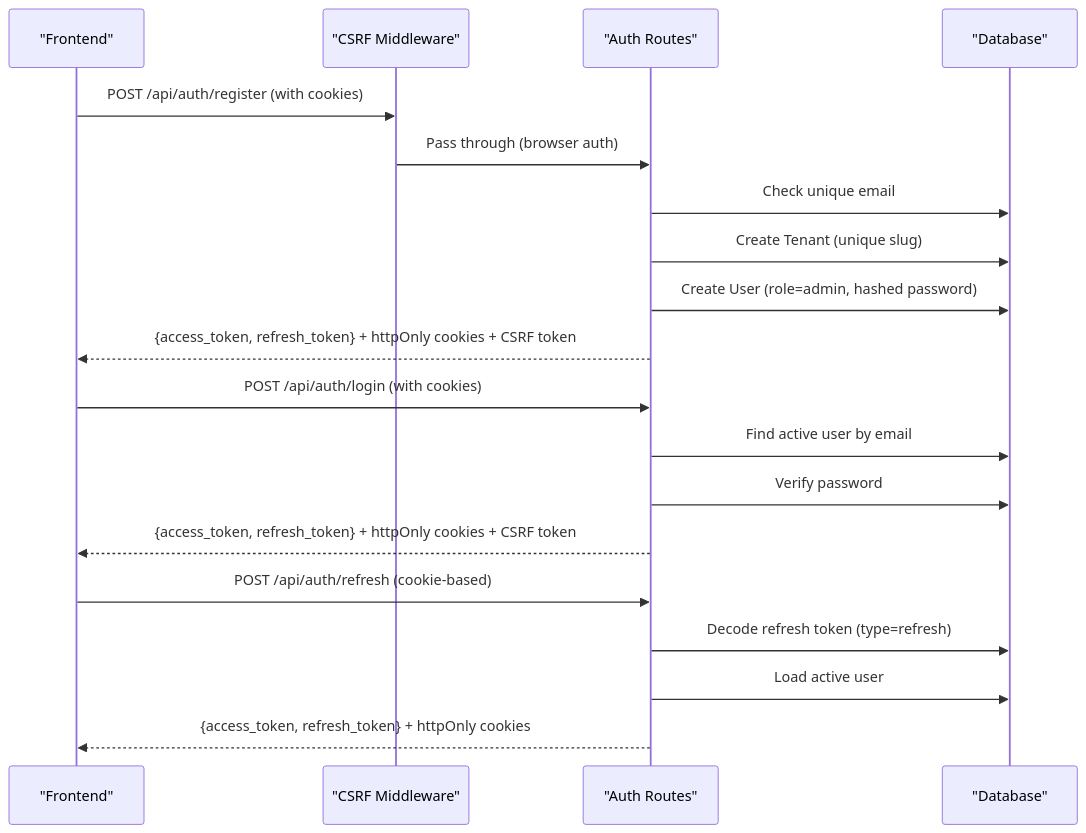
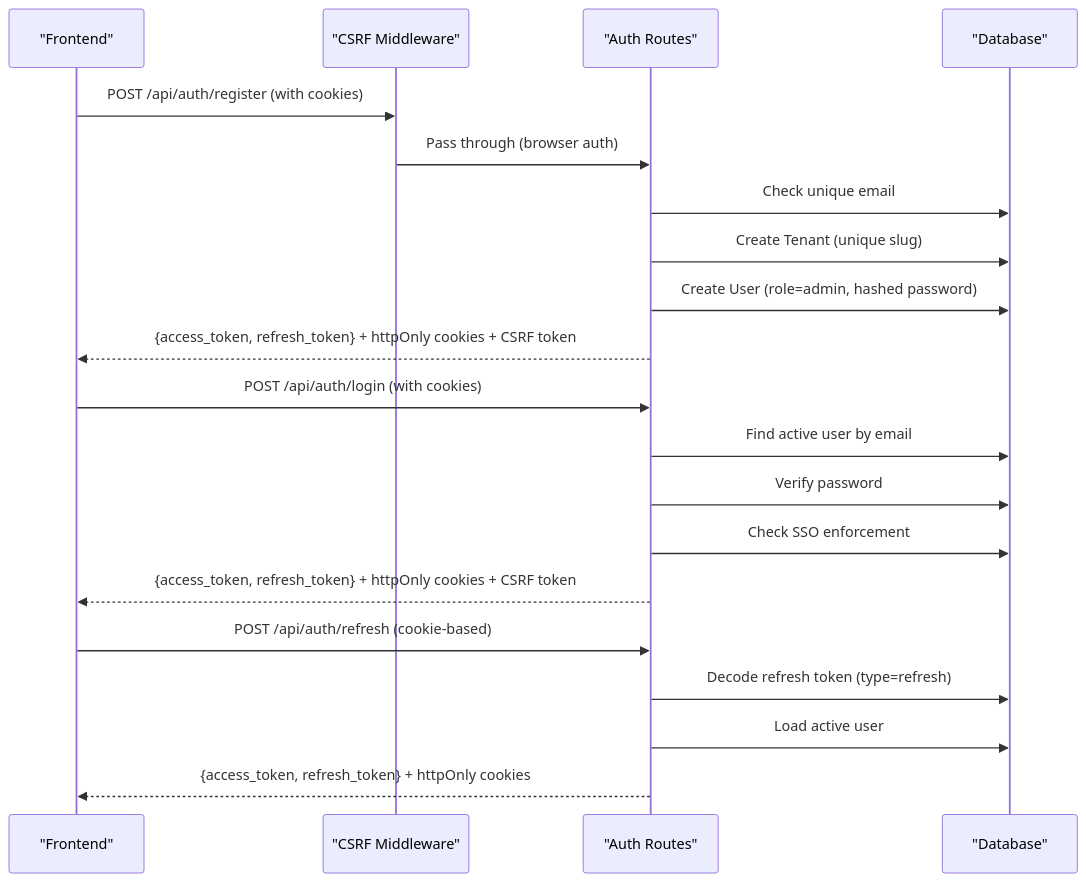
Before and after one commit to Revanththetalogics/aireume: the seventh of 16 diagrams in .qoder/repowiki/en/content/Authentication & Authorization/Authentication & Authorization.md, drawn with Mermaid. The commit also changed other lines of this file and 14 other files, not shown here.

````diff
--- a/.qoder/repowiki/en/content/Authentication & Authorization/Authentication & Authorization.md
+++ b/.qoder/repowiki/en/content/Authentication & Authorization/Authentication & Authorization.md
@@ -271,21 +380,22 @@
 ```mermaid
 sequenceDiagram
 participant FE as "Frontend"
 participant CSRF as "CSRF Middleware"
 participant API as "Auth Routes"
 participant DB as "Database"
 FE->>CSRF : POST /api/auth/register (with cookies)
 CSRF->>API : Pass through (browser auth)
 API->>DB : Check unique email
 API->>DB : Create Tenant (unique slug)
 API->>DB : Create User (role=admin, hashed password)
 API-->>FE : {access_token, refresh_token} + httpOnly cookies + CSRF token
 FE->>API : POST /api/auth/login (with cookies)
 API->>DB : Find active user by email
 API->>DB : Verify password
+API->>DB : Check SSO enforcement
 API-->>FE : {access_token, refresh_token} + httpOnly cookies + CSRF token
 FE->>API : POST /api/auth/refresh (cookie-based)
 API->>DB : Decode refresh token (type=refresh)
 API->>DB : Load active user
 API-->>FE : {access_token, refresh_token} + httpOnly cookies
 ```
````
